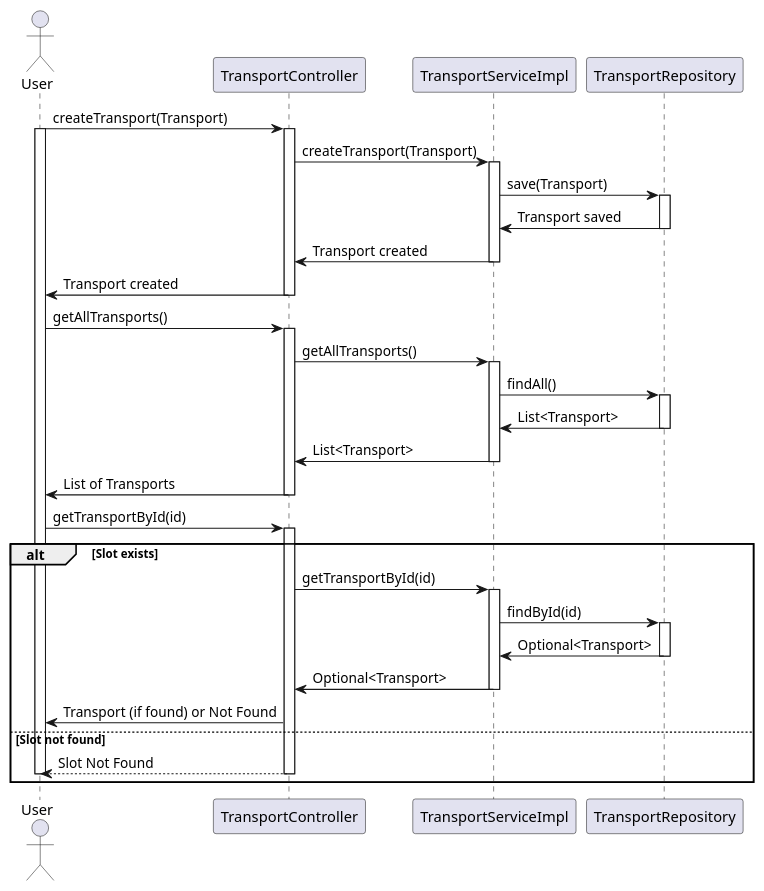
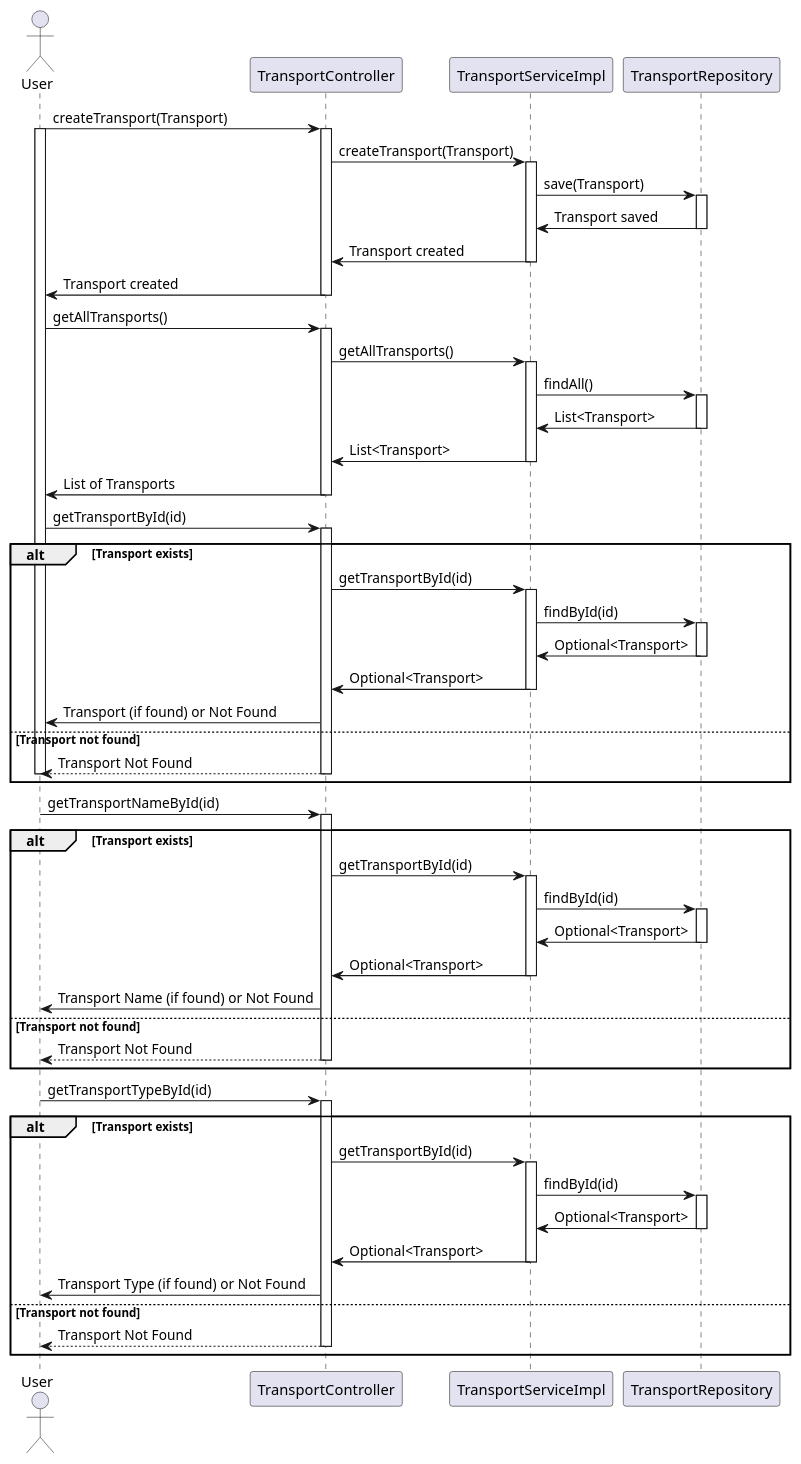
One commit to RakusasuDorea/MicroserviceDemo changed the diagram in transport-service/src/uml/Transport.puml. Above: the diagram before and after it, drawn with PlantUML.

```diff
--- a/transport-service/src/uml/Transport.puml
+++ b/transport-service/src/uml/Transport.puml
@@ -1,53 +1,89 @@
 @startuml
 
 actor User
 participant TransportController
 participant TransportServiceImpl
 participant TransportRepository
 
 User -> TransportController: createTransport(Transport)
 activate TransportController
 activate User
 TransportController -> TransportServiceImpl: createTransport(Transport)
 activate TransportServiceImpl
 TransportServiceImpl -> TransportRepository: save(Transport)
 activate TransportRepository
 TransportRepository -> TransportServiceImpl: Transport saved
 deactivate TransportRepository
 TransportServiceImpl -> TransportController: Transport created
 deactivate TransportServiceImpl
 TransportController -> User: Transport created
 deactivate TransportController
 
 User -> TransportController: getAllTransports()
 activate TransportController
 TransportController -> TransportServiceImpl: getAllTransports()
 activate TransportServiceImpl
 TransportServiceImpl -> TransportRepository: findAll()
 activate TransportRepository
 TransportRepository -> TransportServiceImpl: List<Transport>
 deactivate TransportRepository
 TransportServiceImpl -> TransportController: List<Transport>
 deactivate TransportServiceImpl
 TransportController -> User: List of Transports
 deactivate TransportController
 
 User -> TransportController: getTransportById(id)
 activate TransportController
-alt Slot exists
+alt Transport exists
     TransportController -> TransportServiceImpl: getTransportById(id)
     activate TransportServiceImpl
     TransportServiceImpl -> TransportRepository: findById(id)
     activate TransportRepository
     TransportRepository -> TransportServiceImpl: Optional<Transport>
     deactivate TransportRepository
     TransportServiceImpl -> TransportController: Optional<Transport>
     deactivate TransportServiceImpl
     TransportController -> User: Transport (if found) or Not Found
-else Slot not found
-    TransportController --> User: Slot Not Found
+else Transport not found
+    TransportController --> User: Transport Not Found
+    deactivate TransportController
+    deactivate User
+end
+
+User -> TransportController: getTransportNameById(id)
+activate TransportController
+alt Transport exists
+    TransportController -> TransportServiceImpl: getTransportById(id)
+    activate TransportServiceImpl
+    TransportServiceImpl -> TransportRepository: findById(id)
+    activate TransportRepository
+    TransportRepository -> TransportServiceImpl: Optional<Transport>
+    deactivate TransportRepository
+    TransportServiceImpl -> TransportController: Optional<Transport>
+    deactivate TransportServiceImpl
+    TransportController -> User: Transport Name (if found) or Not Found
+else Transport not found
+    TransportController --> User: Transport Not Found
+    deactivate TransportController
+    deactivate User
+end
+
+User -> TransportController: getTransportTypeById(id)
+activate TransportController
+alt Transport exists
+    TransportController -> TransportServiceImpl: getTransportById(id)
+    activate TransportServiceImpl
+    TransportServiceImpl -> TransportRepository: findById(id)
+    activate TransportRepository
+    TransportRepository -> TransportServiceImpl: Optional<Transport>
+    deactivate TransportRepository
+    TransportServiceImpl -> TransportController: Optional<Transport>
+    deactivate TransportServiceImpl
+    TransportController -> User: Transport Type (if found) or Not Found
+else Transport not found
+    TransportController --> User: Transport Not Found
     deactivate TransportController
     deactivate User
 end
 
 @enduml
```
